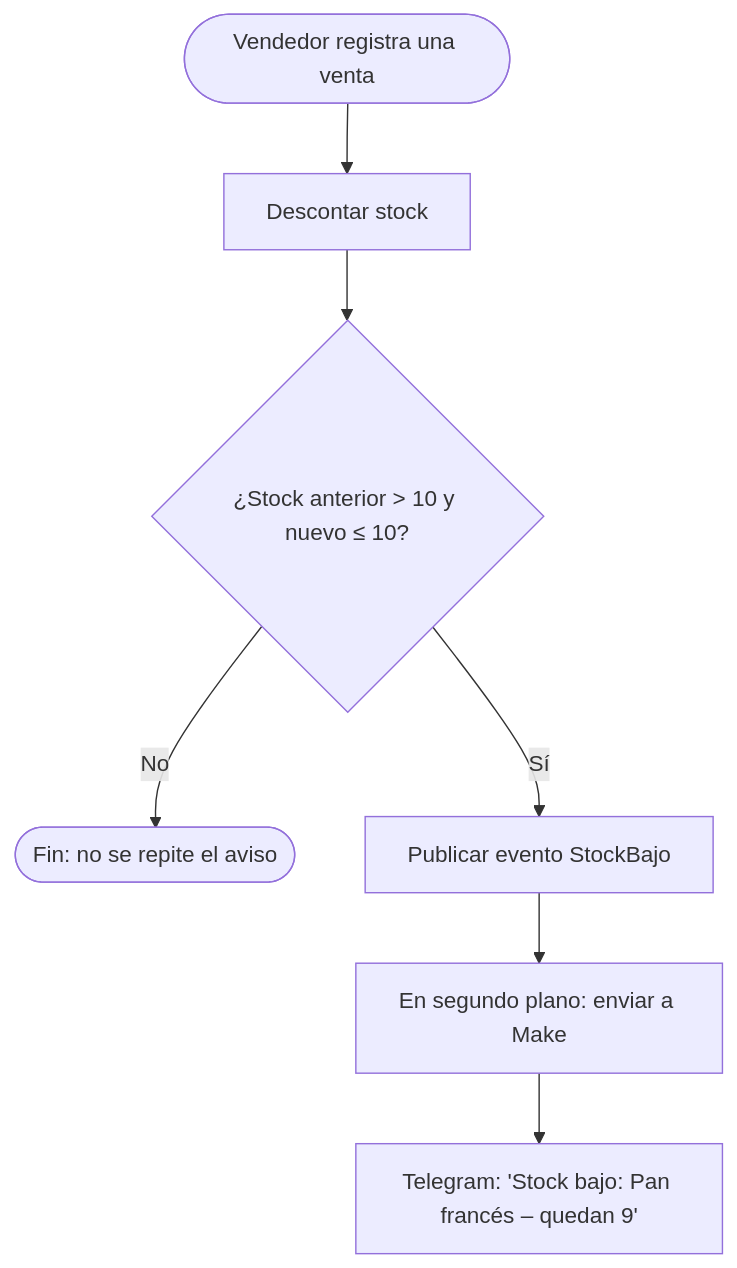
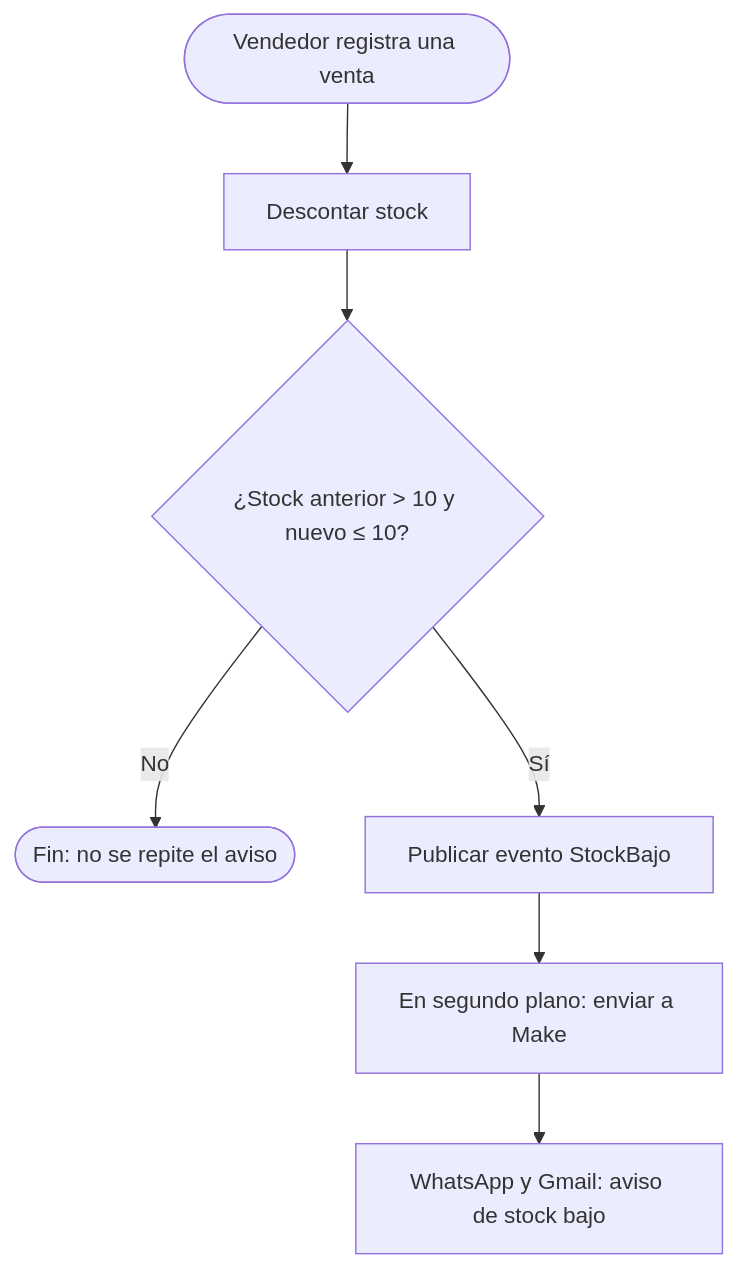
Before and after one commit to Nva-15/sistema-panaderia-los-andes: the third of 4 diagrams in docs/avance4/informe_avance4.md, drawn with Mermaid. The commit also changed other lines of this file and 37 other files, not shown here.

````diff
--- a/docs/avance4/informe_avance4.md
+++ b/docs/avance4/informe_avance4.md
@@ -86,9 +86,9 @@
 ```mermaid
 flowchart TD
     A([Vendedor registra una venta]) --> B[Descontar stock]
     B --> C{¿Stock anterior > 10 y nuevo ≤ 10?}
     C -- No --> Z([Fin: no se repite el aviso])
     C -- Sí --> D[Publicar evento StockBajo]
     D --> E[En segundo plano: enviar a Make]
-    E --> F[Telegram: 'Stock bajo: Pan francés – quedan 9']
+    E --> F[WhatsApp y Gmail: aviso de stock bajo]
 ```
````
